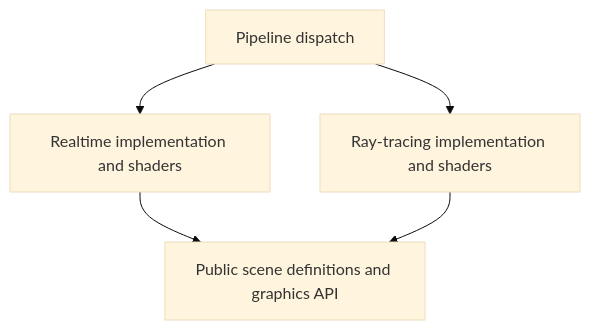
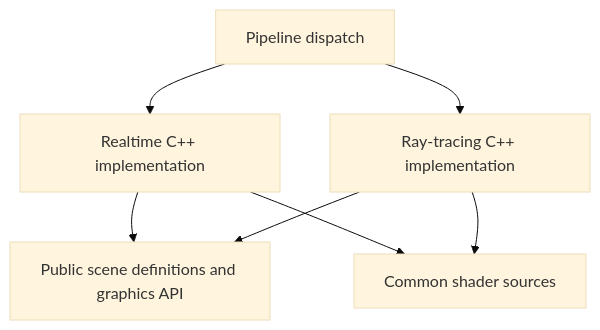
The diagram in docs/realtime-gi.md (LazyJazzDev/LongMarch), drawn with Mermaid (base theme) before and after one commit. The commit also changed other lines of this file and 130 other files, not shown here.

Commit message:
[refactor][sparkium] Centralize shared and pipeline shader sources

````diff
--- a/docs/realtime-gi.md
+++ b/docs/realtime-gi.md
@@ -94,7 +106,9 @@
 ```mermaid
 flowchart TD
-  D[Pipeline dispatch] --> R[Realtime implementation and shaders]
-  D --> P[Ray-tracing implementation and shaders]
+  D[Pipeline dispatch] --> R[Realtime C++ implementation]
+  D --> P[Ray-tracing C++ implementation]
   R --> S[Public scene definitions and graphics API]
   P --> S
+  R --> H[Common shader sources]
+  P --> H
 ```
````
